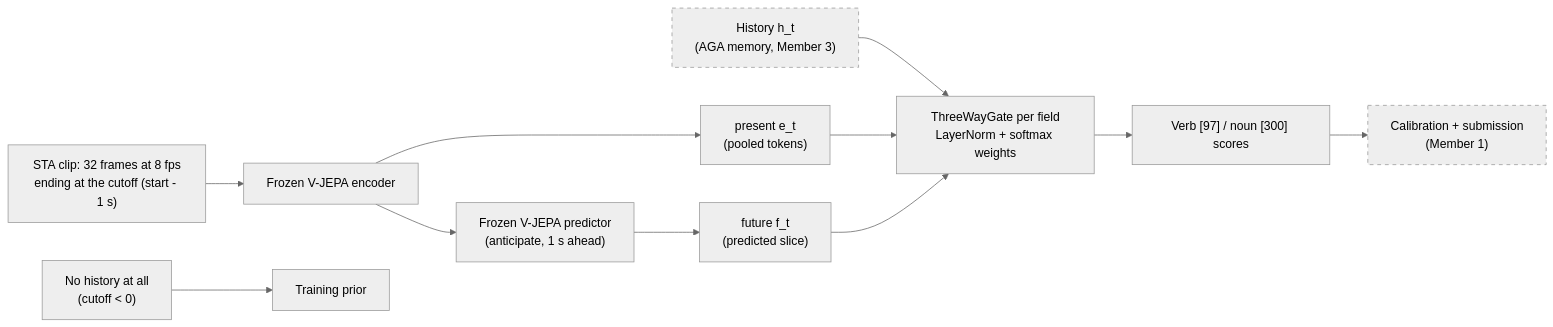
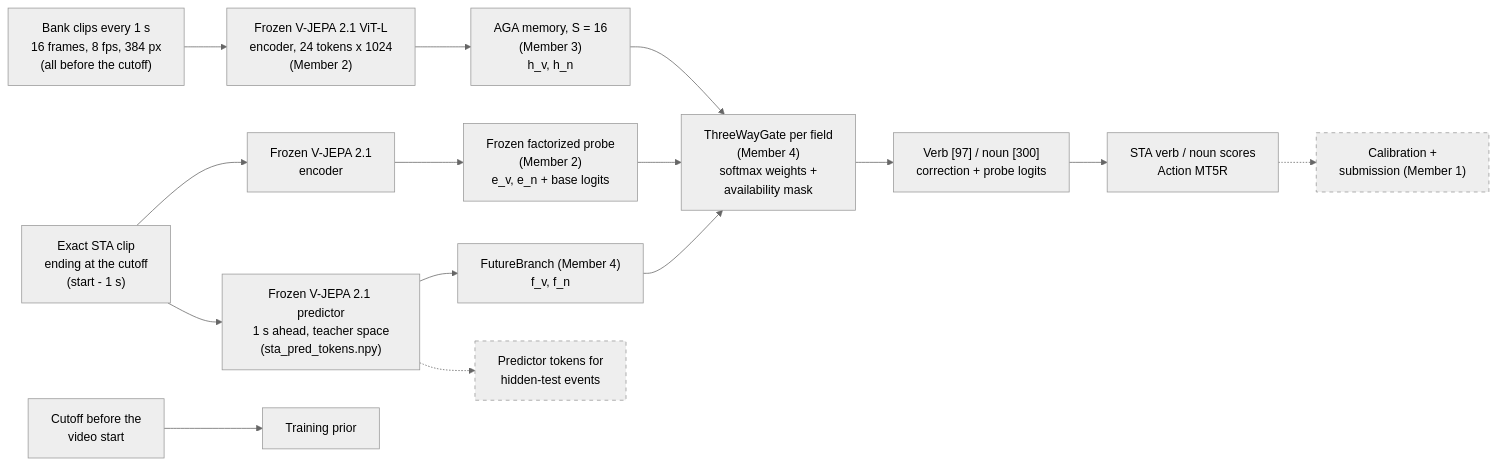
Before and after one commit to AhmedMohamed0968954/RD-HCI: the diagram in docs/MEMBER4_PREDICTOR_GATE.md, drawn with Mermaid (neutral theme). The commit also changed other lines of this file and 11 other files, not shown here.

First line of the commit message:
Member 4: predictor future branch in the three-way gate + gate ablation

````diff
--- a/docs/MEMBER4_PREDICTOR_GATE.md
+++ b/docs/MEMBER4_PREDICTOR_GATE.md
@@ -6,14 +6,18 @@
 ```mermaid
 flowchart LR
-    V["STA clip: 32 frames at 8 fps<br/>ending at the cutoff (start - 1 s)"] --> ENC["Frozen V-JEPA encoder"]
-    ENC --> E["present e_t<br/>(pooled tokens)"]
-    ENC --> PRED["Frozen V-JEPA predictor<br/>(anticipate, 1 s ahead)"]
-    PRED --> F["future f_t<br/>(predicted slice)"]
-    MEM["History h_t<br/>(AGA memory, Member 3)"]:::later --> GATE
-    E --> GATE["ThreeWayGate per field<br/>LayerNorm + softmax weights"]
-    F --> GATE
-    GATE --> HEADS["Verb [97] / noun [300] scores"]
-    HEADS --> CAL["Calibration + submission<br/>(Member 1)"]:::later
-    COLD["No history at all<br/>(cutoff < 0)"] --> PRIOR["Training prior"]
+    BANK["Bank clips every 1 s<br/>16 frames, 8 fps, 384 px<br/>(all before the cutoff)"] --> ENC1["Frozen V-JEPA 2.1 ViT-L<br/>encoder, 24 tokens x 1024<br/>(Member 2)"]
+    CLIP["Exact STA clip<br/>ending at the cutoff<br/>(start - 1 s)"] --> ENC2["Frozen V-JEPA 2.1<br/>encoder"]
+    CLIP --> PRED["Frozen V-JEPA 2.1 predictor<br/>1 s ahead, teacher space<br/>(sta_pred_tokens.npy)"]
+    ENC1 --> MEM["AGA memory, S = 16<br/>(Member 3)<br/>h_v, h_n"]
+    ENC2 --> PROBE["Frozen factorized probe<br/>(Member 2)<br/>e_v, e_n + base logits"]
+    PRED --> FB["FutureBranch (Member 4)<br/>f_v, f_n"]
+    MEM --> GATE["ThreeWayGate per field<br/>(Member 4)<br/>softmax weights +<br/>availability mask"]
+    PROBE --> GATE
+    FB --> GATE
+    GATE --> HEAD["Verb [97] / noun [300]<br/>correction + probe logits"]
+    HEAD --> OUT["STA verb / noun scores<br/>Action MT5R"]
+    OUT -.-> CAL["Calibration +<br/>submission (Member 1)"]:::later
+    PRED -.-> TEST["Predictor tokens for<br/>hidden-test events"]:::later
+    COLD["Cutoff before the<br/>video start"] --> PRIOR["Training prior"]
     classDef later stroke-dasharray: 5 5
 ```
````
